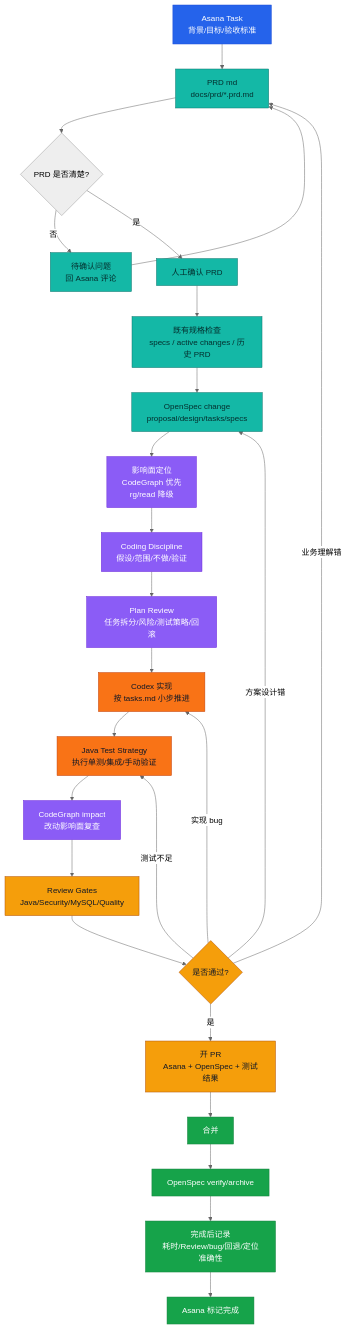
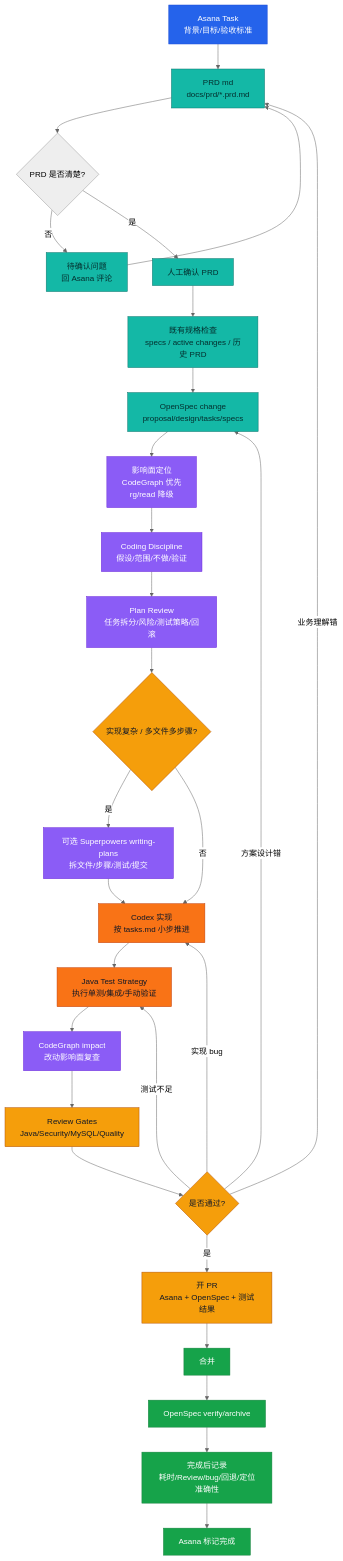
Before and after one commit to guobang1998/asana-openspec-java-workflow: the second of 4 diagrams in 流程图.md, drawn with Mermaid (neutral theme). The commit also changed other lines of this file and 5 other files, not shown here.

````diff
--- a/流程图.md
+++ b/流程图.md
@@ -35,40 +39,44 @@
 ```mermaid
 flowchart TB
   A["Asana Task<br/>背景/目标/验收标准"] --> B["PRD md<br/>docs/prd/*.prd.md"]
   B --> C{"PRD 是否清楚?"}
   C -- "否" --> C1["待确认问题<br/>回 Asana 评论"] --> B
   C -- "是" --> C2["人工确认 PRD"]
   C2 --> D0["既有规格检查<br/>specs / active changes / 历史 PRD"]
   D0 --> D["OpenSpec change<br/>proposal/design/tasks/specs"]
   D --> E["影响面定位<br/>CodeGraph 优先<br/>rg/read 降级"]
   E --> F["Coding Discipline<br/>假设/范围/不做/验证"]
   F --> G["Plan Review<br/>任务拆分/风险/测试策略/回滚"]
-  G --> H["Codex 实现<br/>按 tasks.md 小步推进"]
+  G --> G1{"实现复杂 / 多文件多步骤?"}
+  G1 -- "是" --> G2["可选 Superpowers writing-plans<br/>拆文件/步骤/测试/提交"]
+  G1 -- "否" --> H["Codex 实现<br/>按 tasks.md 小步推进"]
+  G2 --> H
   H --> I["Java Test Strategy<br/>执行单测/集成/手动验证"]
   I --> J["CodeGraph impact<br/>改动影响面复查"]
   J --> K["Review Gates<br/>Java/Security/MySQL/Quality"]
   K --> L{"是否通过?"}
   L -- "业务理解错" --> B
   L -- "方案设计错" --> D
   L -- "实现 bug" --> H
   L -- "测试不足" --> I
   L -- "是" --> M["开 PR<br/>Asana + OpenSpec + 测试结果"]
   M --> N["合并"]
   N --> O["OpenSpec verify/archive"]
   O --> P["完成后记录<br/>耗时/Review/bug/回退/定位准确性"]
   P --> Q["Asana 标记完成"]
 
   classDef source fill:#2563eb,color:#fff,stroke:#1d4ed8;
   classDef document fill:#14b8a6,color:#042f2e,stroke:#0f766e;
   classDef analysis fill:#8b5cf6,color:#fff,stroke:#6d28d9;
   classDef build fill:#f97316,color:#111827,stroke:#c2410c;
   classDef review fill:#f59e0b,color:#111827,stroke:#b45309;
   classDef done fill:#16a34a,color:#fff,stroke:#15803d;
 
   class A source;
   class B,C1,C2,D0,D document;
-  class E,F,G,J analysis;
+  class E,F,G,G2,J analysis;
+  class G1 review;
   class H,I build;
   class K,L,M review;
   class N,O,P,Q done;
 ```
````
